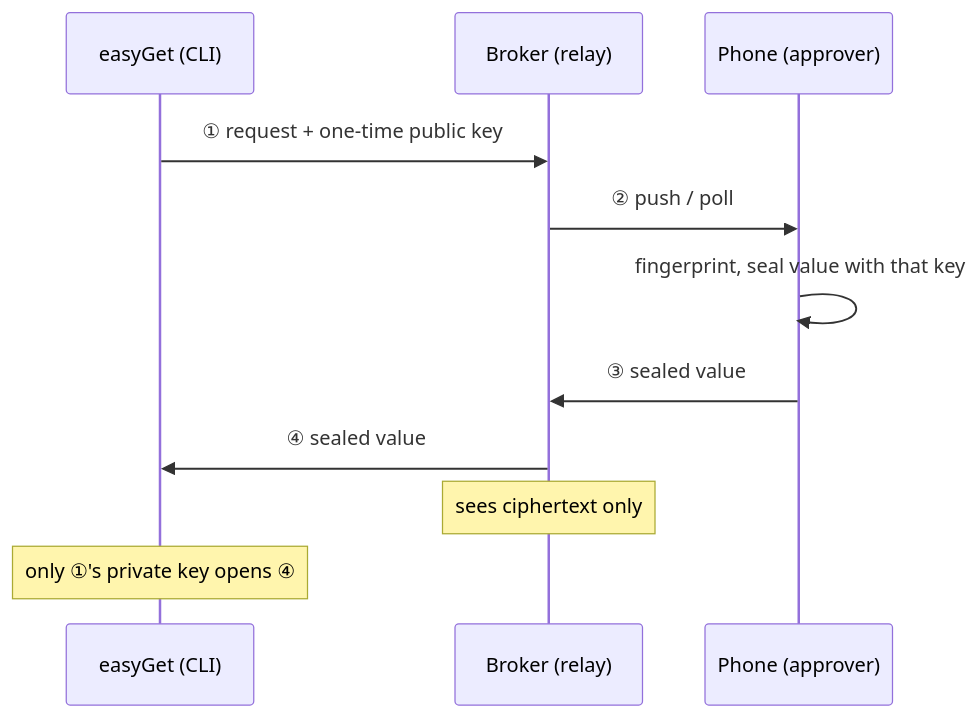
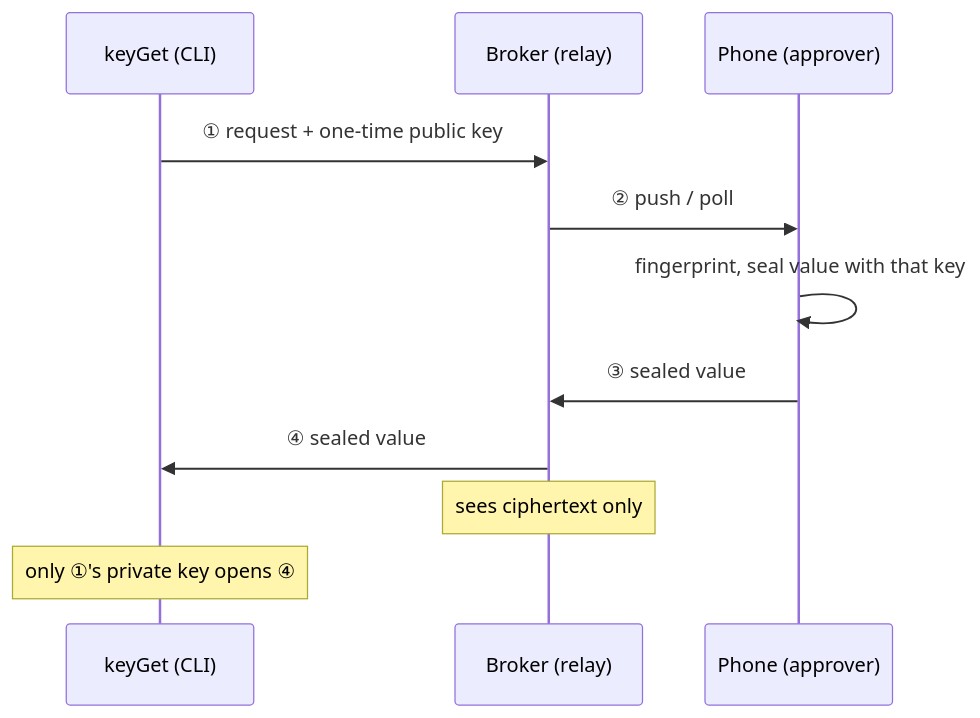
One commit to wenlo-luo/keyseal changed the diagram in README.md. Above: the diagram before and after it, drawn with Mermaid. The commit also changed other lines of this file and 258 other files, not shown here.

````diff
--- a/README.md
+++ b/README.md
@@ -49,13 +49,13 @@
 ```mermaid
 sequenceDiagram
-  participant C as easyGet (CLI)
+  participant C as keyGet (CLI)
   participant B as Broker (relay)
   participant P as Phone (approver)
   C->>B: ① request + one-time public key
   B->>P: ② push / poll
   P->>P: fingerprint, seal value with that key
   P->>B: ③ sealed value
   B->>C: ④ sealed value
   Note over B: sees ciphertext only
   Note over C: only ①'s private key opens ④
 ```
````
